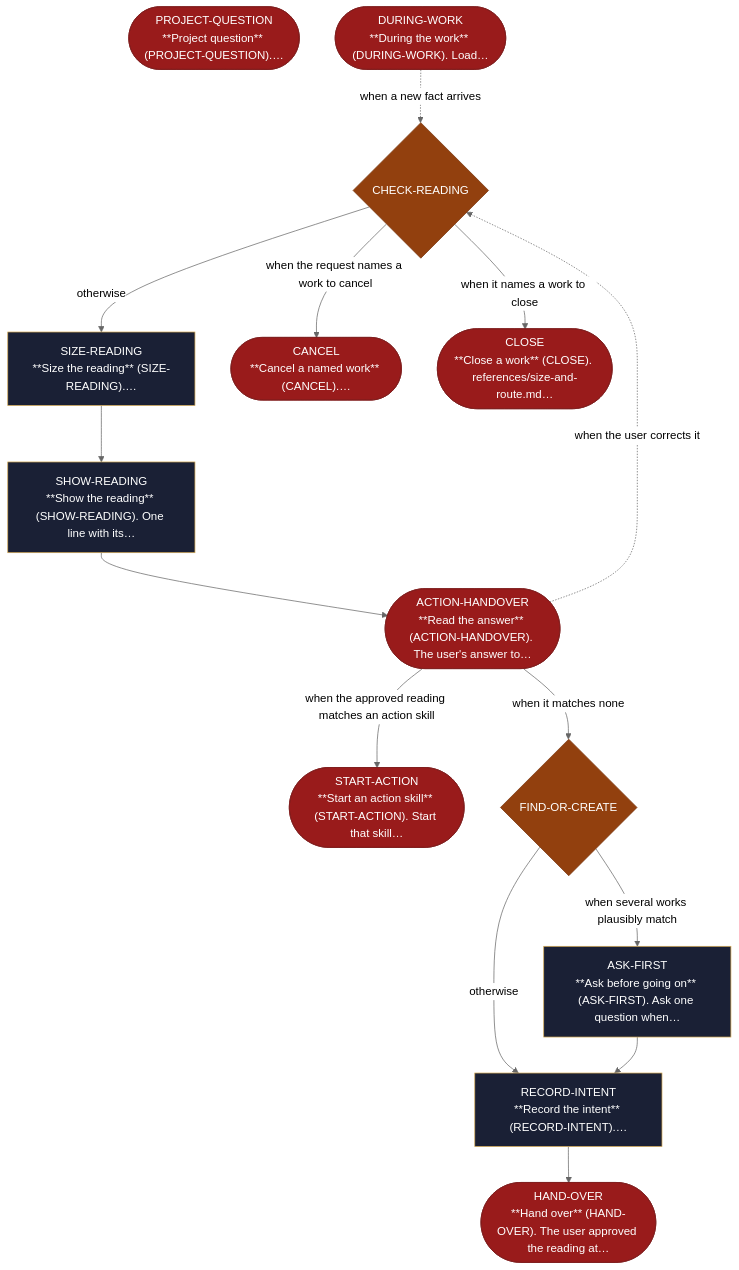
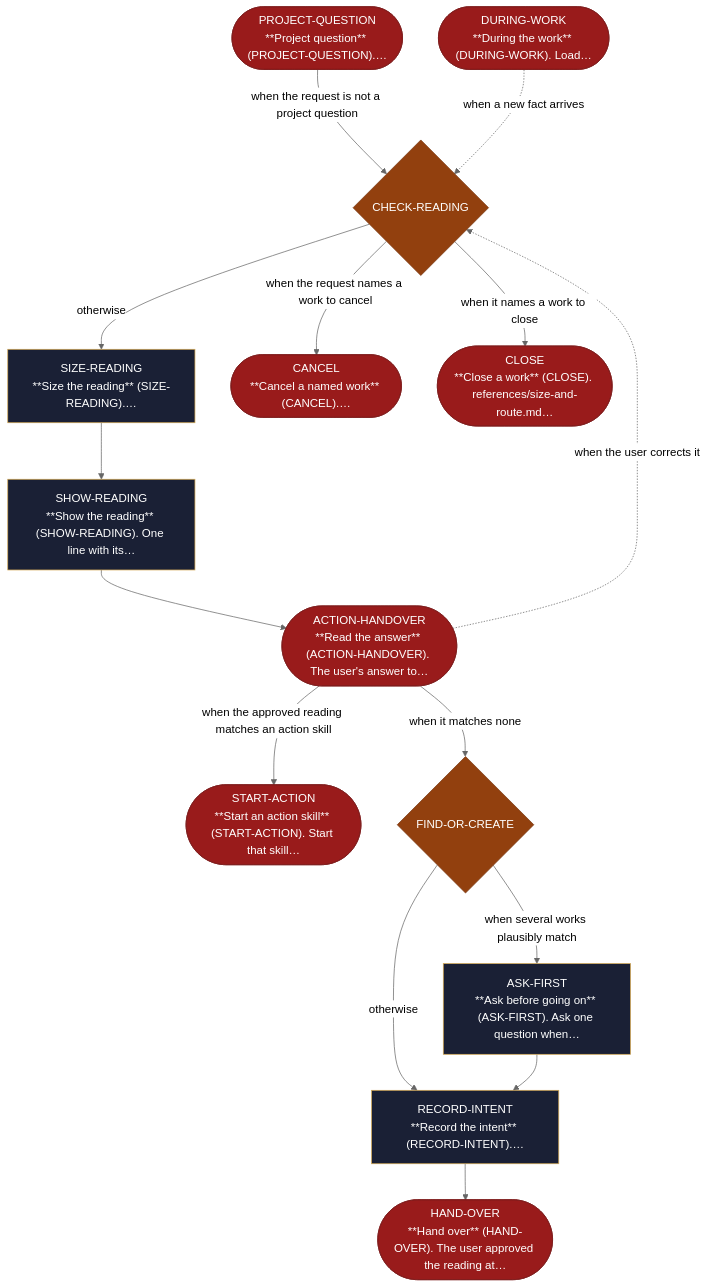
The diagram in site/src/content/docs/skills/aid-orchestrate.md (AndreVianna/aid-methodology), drawn with Mermaid (neutral theme) before and after one commit. The commit also changed other lines of this file and 258 other files, not shown here.

````diff
--- a/site/src/content/docs/skills/aid-orchestrate.md
+++ b/site/src/content/docs/skills/aid-orchestrate.md
@@ -22,61 +22,62 @@
 ```mermaid
 flowchart TB
   classDef aidNode color:#fff
   classDef aidEntry fill:#166534,stroke:#14532d,color:#fff
   classDef aidExit fill:#991b1b,stroke:#7f1d1d,color:#fff
   classDef aidDecision fill:#92400e,stroke:#78350f,color:#fff
   classDef aidLoopBack fill:#1e3a8a,stroke:#1e3a8a,color:#fff
   classDef aidStep fill:#1a2035,stroke:#d4a853,color:#f1f5f9
   n1(["PROJECT-QUESTION<br/>**Project question** (PROJECT-QUESTION).…"])
   n2{"CHECK-READING"}
   n3["SIZE-READING<br/>**Size the reading** (SIZE-READING).…"]
   n4["SHOW-READING<br/>**Show the reading** (SHOW-READING). One line with its…"]
   n5(["ACTION-HANDOVER<br/>**Read the answer** (ACTION-HANDOVER). The user's answer to…"])
   n6(["START-ACTION<br/>**Start an action skill** (START-ACTION). Start that skill…"])
   n7{"FIND-OR-CREATE"}
   n8["ASK-FIRST<br/>**Ask before going on** (ASK-FIRST). Ask one question when…"]
   n9["RECORD-INTENT<br/>**Record the intent** (RECORD-INTENT).…"]
   n10(["CANCEL<br/>**Cancel a named work** (CANCEL).…"])
   n11(["CLOSE<br/>**Close a work** (CLOSE). references/size-and-route.md…"])
   n12(["HAND-OVER<br/>**Hand over** (HAND-OVER). The user approved the reading at…"])
   n13(["DURING-WORK<br/>**During the work** (DURING-WORK). Load…"])
+  n1 -->|"when the request is not a project question"| n2
   n2 -->|"otherwise"| n3
   n2 -->|"when the request names a work to cancel"| n10
   n2 -->|"when it names a work to close"| n11
   n3 --> n4
   n4 --> n5
   n5 -. "when the user corrects it" .-> n2
   n5 -->|"when the approved reading matches an action skill"| n6
   n5 -->|"when it matches none"| n7
   n7 -->|"when several works plausibly match"| n8
   n7 -->|"otherwise"| n9
   n8 --> n9
   n9 --> n12
   n13 -. "when a new fact arrives" .-> n2
   class n1 aidExit
   class n2 aidDecision
   class n3 aidStep
   class n4 aidStep
   class n5 aidExit
   class n6 aidExit
   class n7 aidDecision
   class n8 aidStep
   class n9 aidStep
   class n10 aidExit
   class n11 aidExit
   class n12 aidExit
   class n13 aidExit
   class n1 aidNode
   class n2 aidNode
   class n3 aidNode
   class n4 aidNode
   class n5 aidNode
   class n6 aidNode
   class n7 aidNode
   class n8 aidNode
   class n9 aidNode
   class n10 aidNode
   class n11 aidNode
   class n12 aidNode
   class n13 aidNode
 ```
````
